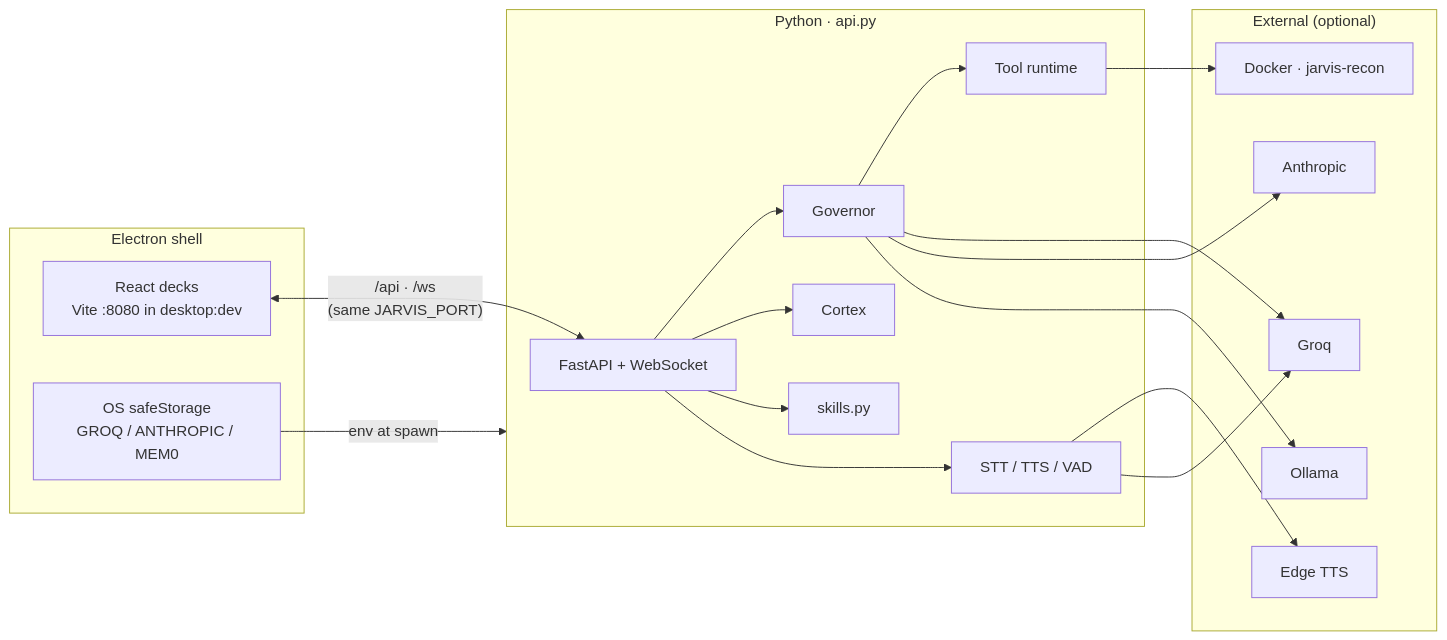
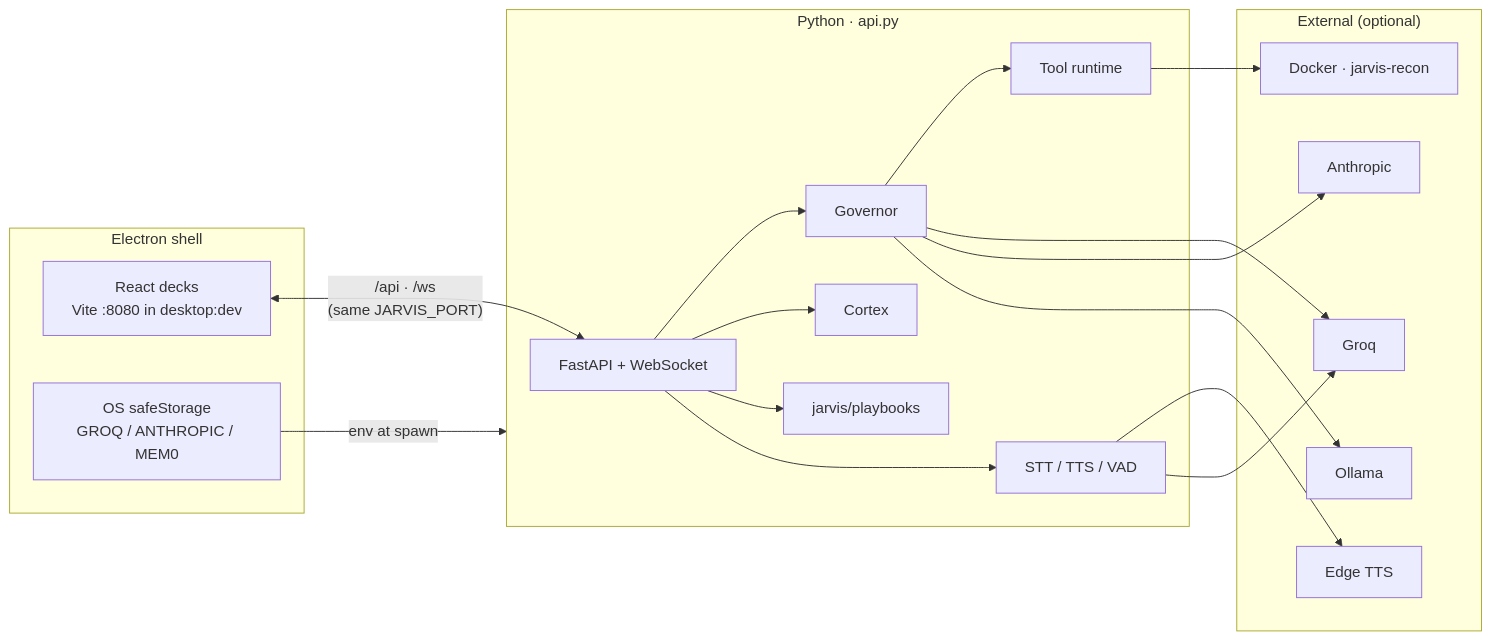
Before and after one commit to roshansrikanth21/jarv1s: the first of 2 diagrams in README.md, drawn with Mermaid. The commit also changed other lines of this file and 37 other files, not shown here.

````diff
--- a/README.md
+++ b/README.md
@@ -98,37 +98,37 @@
 ```mermaid
 flowchart LR
   subgraph Shell["Electron shell"]
     UI["React decks<br/>Vite :8080 in desktop:dev"]
     Keys["OS safeStorage<br/>GROQ / ANTHROPIC / MEM0"]
   end
 
   subgraph Backend["Python · api.py"]
     WS["FastAPI + WebSocket"]
     Gov["Governor"]
     Cortex["Cortex"]
-    Skills["skills.py"]
+    Skills["jarvis/playbooks"]
     Tools["Tool runtime"]
     Voice["STT / TTS / VAD"]
   end
 
   subgraph External["External (optional)"]
     Groq["Groq"]
     Claude["Anthropic"]
     Ollama["Ollama"]
     Edge["Edge TTS"]
     Docker["Docker · jarvis-recon"]
   end
 
   UI <-->|"/api · /ws<br/>(same JARVIS_PORT)"| WS
   Keys -->|env at spawn| Backend
   WS --> Gov --> Tools
   WS --> Cortex
   WS --> Skills
   WS --> Voice
   Gov --> Groq
   Gov --> Claude
   Gov --> Ollama
   Voice --> Edge
   Voice --> Groq
   Tools --> Docker
 ```
````
